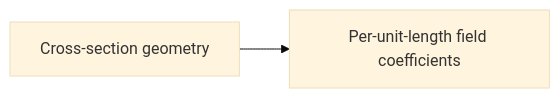
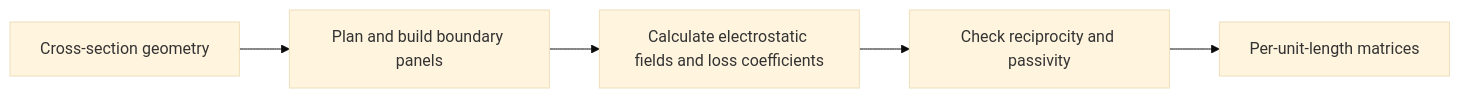
Before and after one commit to draarivpatel-ui/signal-integrity-pipeline: the third of 4 diagrams in README.md, drawn with Mermaid (base theme). The commit also changed other lines of this file and 1 other file, not shown here.

Commit message:
docs: preserve channel workflows and document cross-section calculation

````diff
--- a/README.md
+++ b/README.md
@@ -29,4 +53,7 @@
 ```mermaid
 flowchart LR
-  input["Cross-section geometry"] --> result["Per-unit-length field coefficients"]
+  crossSection["Cross-section geometry"] --> panels["Plan and build boundary panels"]
+  panels --> fields["Calculate electrostatic fields and loss coefficients"]
+  fields --> matrices["Check reciprocity and passivity"]
+  matrices --> coefficients["Per-unit-length matrices"]
 ```
````
